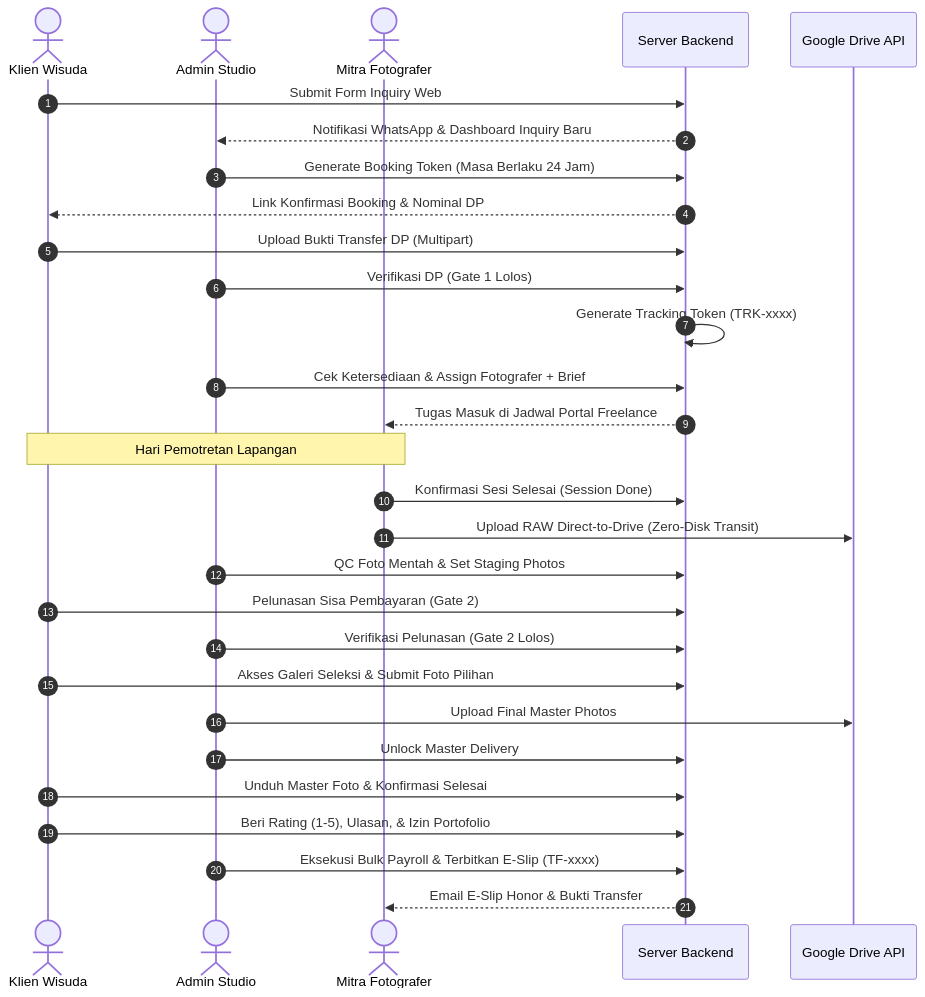
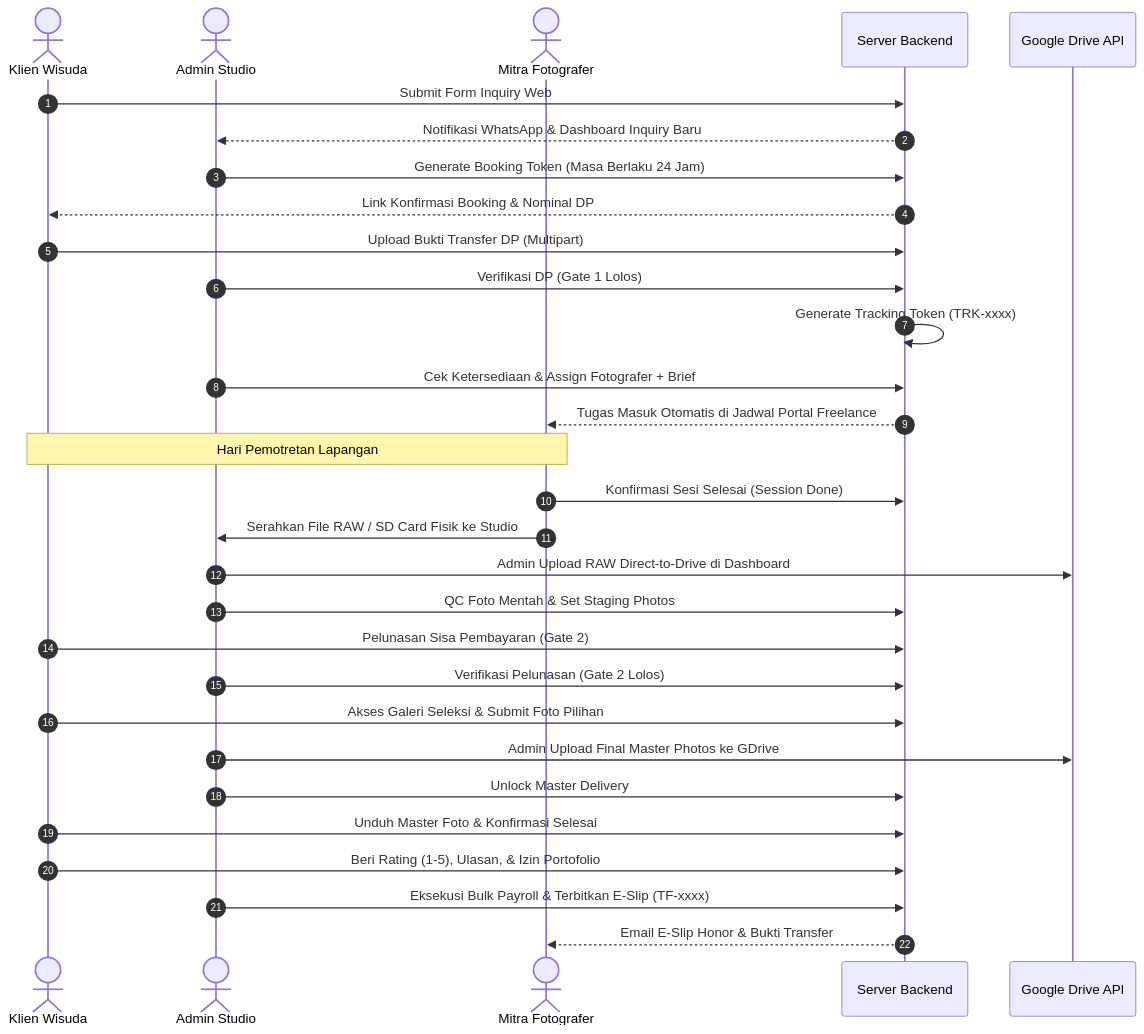
The first of 4 diagrams in FLOW_SISTEM/DOKUMENTASI_KOMPREHENSIF_DAN_DEEP_AUDIT_SISTEM_WISUDA.md (armansyam/Wisuda), drawn with Mermaid before and after one commit. The commit also changed other lines of this file, not shown here.

Commit message:
docs: clarify 100% Admin-Centric Photo Upload & remove false freelance upload mentions

````diff
--- a/FLOW_SISTEM/DOKUMENTASI_KOMPREHENSIF_DAN_DEEP_AUDIT_SISTEM_WISUDA.md
+++ b/FLOW_SISTEM/DOKUMENTASI_KOMPREHENSIF_DAN_DEEP_AUDIT_SISTEM_WISUDA.md
@@ -93,32 +94,33 @@
 ```mermaid
 sequenceDiagram
     autonumber
     actor C as Klien Wisuda
     actor A as Admin Studio
     actor F as Mitra Fotografer
     participant S as Server Backend
     participant D as Google Drive API
 
     C->>S: Submit Form Inquiry Web
     S-->>A: Notifikasi WhatsApp & Dashboard Inquiry Baru
     A->>S: Generate Booking Token (Masa Berlaku 24 Jam)
     S-->>C: Link Konfirmasi Booking & Nominal DP
     C->>S: Upload Bukti Transfer DP (Multipart)
     A->>S: Verifikasi DP (Gate 1 Lolos)
     S->>S: Generate Tracking Token (TRK-xxxx)
     A->>S: Cek Ketersediaan & Assign Fotografer + Brief
-    S-->>F: Tugas Masuk di Jadwal Portal Freelance
+    S-->>F: Tugas Masuk Otomatis di Jadwal Portal Freelance
     Note over F,C: Hari Pemotretan Lapangan
     F->>S: Konfirmasi Sesi Selesai (Session Done)
-    F->>D: Upload RAW Direct-to-Drive (Zero-Disk Transit)
+    F->>A: Serahkan File RAW / SD Card Fisik ke Studio
+    A->>D: Admin Upload RAW Direct-to-Drive di Dashboard
     A->>S: QC Foto Mentah & Set Staging Photos
     C->>S: Pelunasan Sisa Pembayaran (Gate 2)
     A->>S: Verifikasi Pelunasan (Gate 2 Lolos)
     C->>S: Akses Galeri Seleksi & Submit Foto Pilihan
-    A->>D: Upload Final Master Photos
+    A->>D: Admin Upload Final Master Photos ke GDrive
     A->>S: Unlock Master Delivery
     C->>S: Unduh Master Foto & Konfirmasi Selesai
     C->>S: Beri Rating (1-5), Ulasan, & Izin Portofolio
     A->>S: Eksekusi Bulk Payroll & Terbitkan E-Slip (TF-xxxx)
     S-->>F: Email E-Slip Honor & Bukti Transfer
 ```
````
